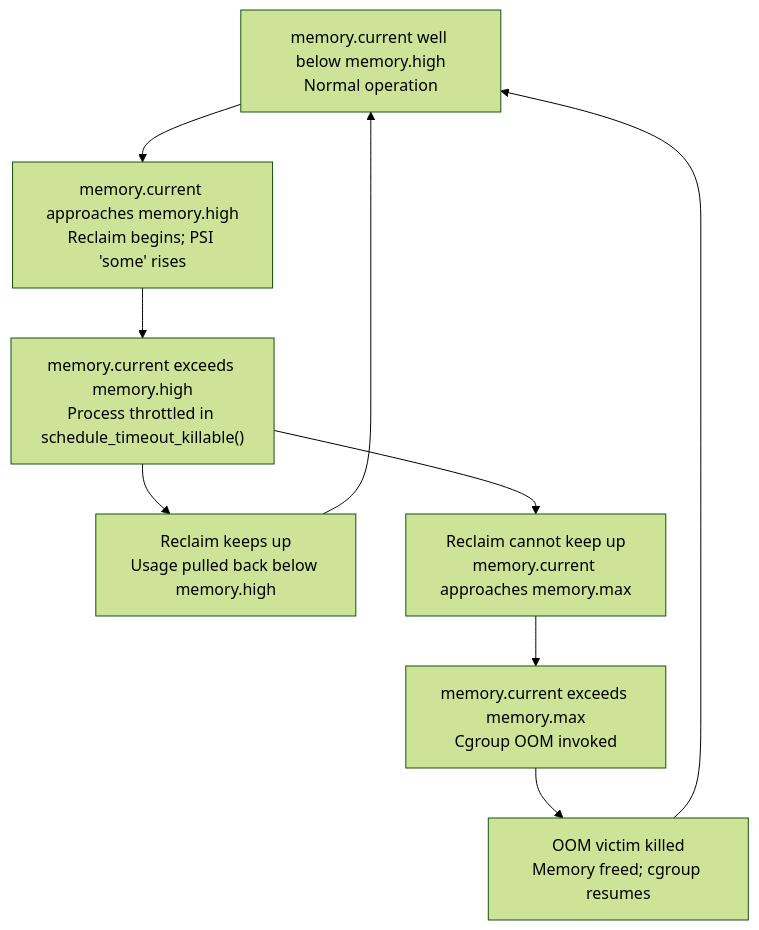
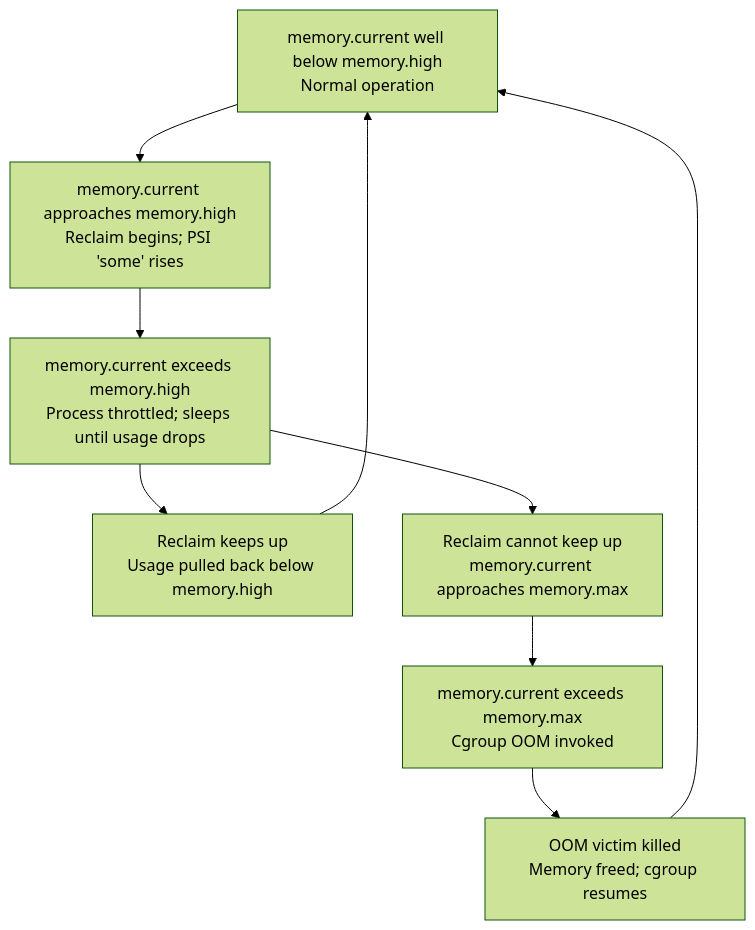
The first of 2 diagrams in docs/mm/container-memory-limits.md (laveeshb/linux-kernel-internals), drawn with Mermaid (forest theme) before and after one commit. The commit also changed other lines of this file and 4 other files, not shown here.

````diff
--- a/docs/mm/container-memory-limits.md
+++ b/docs/mm/container-memory-limits.md
@@ -11,14 +11,14 @@
 ```mermaid
 flowchart TD
     A["memory.current well below memory.high\nNormal operation"]
     B["memory.current approaches memory.high\nReclaim begins; PSI 'some' rises"]
-    C["memory.current exceeds memory.high\nProcess throttled in schedule_timeout_killable()"]
+    C["memory.current exceeds memory.high\nProcess throttled; sleeps until usage drops"]
     D["Reclaim keeps up\nUsage pulled back below memory.high"]
     E["Reclaim cannot keep up\nmemory.current approaches memory.max"]
     F["memory.current exceeds memory.max\nCgroup OOM invoked"]
     G["OOM victim killed\nMemory freed; cgroup resumes"]
 
     A --> B --> C
     C --> D --> A
     C --> E --> F --> G --> A
 ```
````
